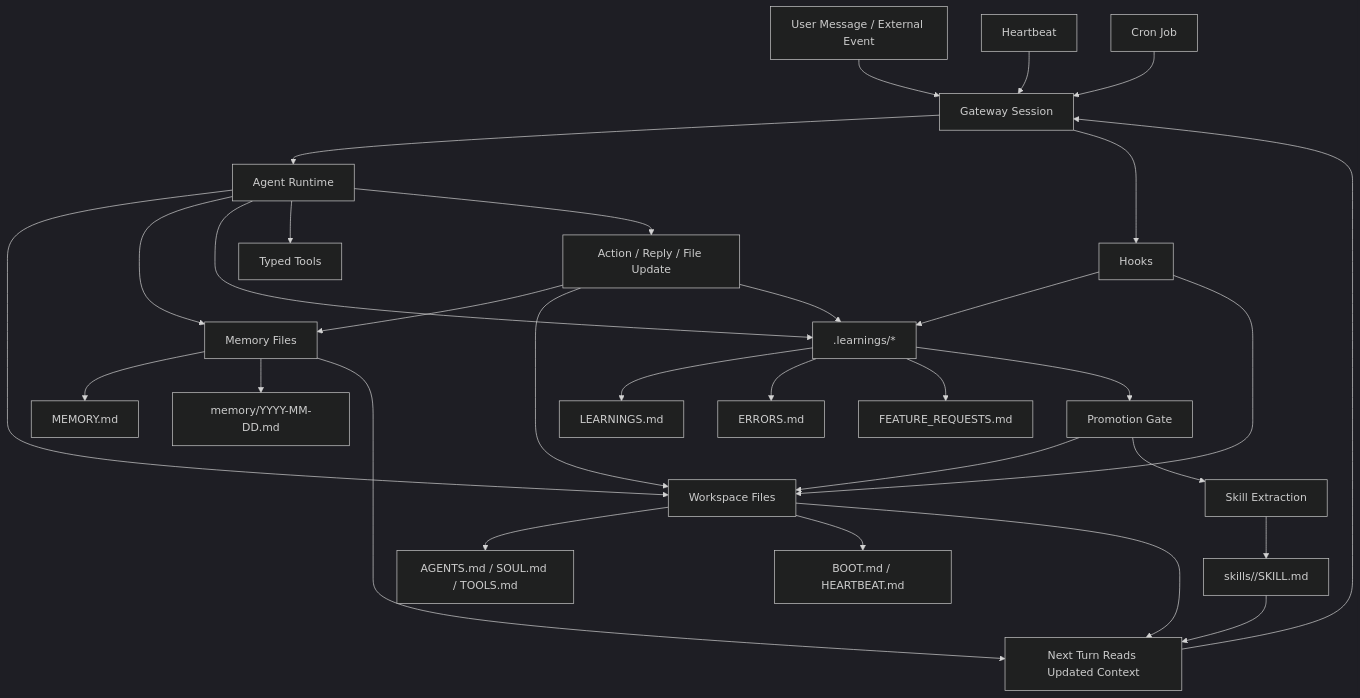
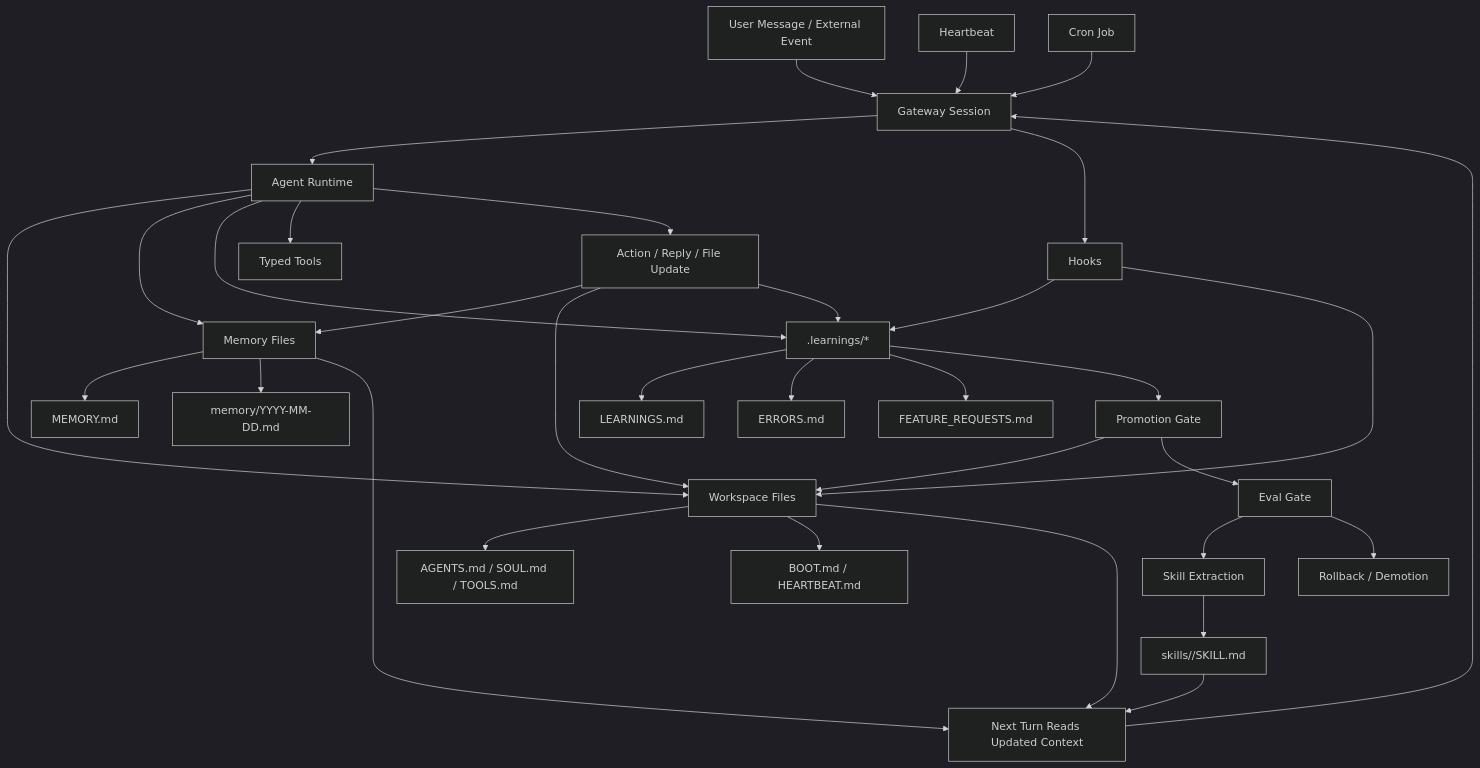
The diagram in 01-Areas/AI-Learning/07-Maps/OpenClaw 准自进化工作流图.md (superliyang/tony-2026), drawn with Mermaid (dark theme) before and after one commit. The commit also changed other lines of this file and 26 other files, not shown here.

````diff
--- a/01-Areas/AI-Learning/07-Maps/OpenClaw 准自进化工作流图.md
+++ b/01-Areas/AI-Learning/07-Maps/OpenClaw 准自进化工作流图.md
@@ -16,39 +16,41 @@
 ```mermaid
 flowchart TD
   A["User Message / External Event"] --> B["Gateway Session"]
   H["Heartbeat"] --> B
   I["Cron Job"] --> B
 
   B --> C["Agent Runtime"]
   C --> D["Workspace Files"]
   C --> E["Memory Files"]
   C --> L[".learnings/*"]
   C --> F["Typed Tools"]
 
   D --> D1["AGENTS.md / SOUL.md / TOOLS.md"]
   D --> D2["BOOT.md / HEARTBEAT.md"]
   E --> E1["MEMORY.md"]
   E --> E2["memory/YYYY-MM-DD.md"]
   L --> L1["LEARNINGS.md"]
   L --> L2["ERRORS.md"]
   L --> L3["FEATURE_REQUESTS.md"]
 
   C --> G["Action / Reply / File Update"]
   G --> E
   G --> D
   G --> L
 
   J["Hooks"] --> L
   J --> D
   B --> J
 
   L --> P["Promotion Gate"]
   P --> D
-  P --> S["Skill Extraction"]
+  P --> EG["Eval Gate"]
+  EG --> S["Skill Extraction"]
   S --> SK["skills/<name>/SKILL.md"]
+  EG --> RB["Rollback / Demotion"]
 
   D --> K["Next Turn Reads Updated Context"]
   E --> K
   SK --> K
   K --> B
 ```
````
